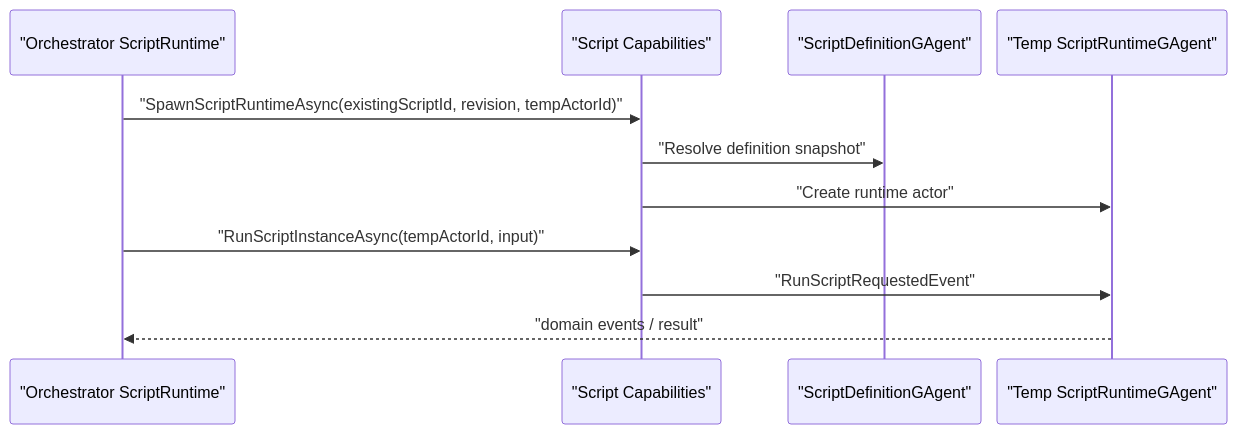
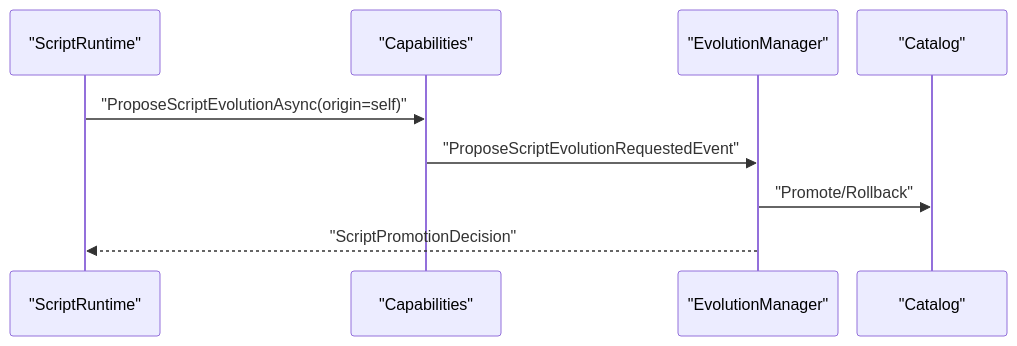
The third of 3 diagrams in docs/architecture/scripting-autonomous-evolution-architecture-change-2026-03-02.md (aevatarAI/aevatar), drawn with Mermaid before and after one commit. The commit also changed other lines of this file and 70 other files, not shown here.

First line of the commit message:
Refactor Aevatar.Scripting architecture to implement dual-channel evolution capabilities

````diff
--- a/docs/architecture/scripting-autonomous-evolution-architecture-change-2026-03-02.md
+++ b/docs/architecture/scripting-autonomous-evolution-architecture-change-2026-03-02.md
@@ -258,15 +182,13 @@
 ```mermaid
 %%{init: {"maxTextSize": 100000, "flowchart": {"useMaxWidth": false, "nodeSpacing": 10, "rankSpacing": 50}, "sequence": {"useMaxWidth": false, "actorMargin": 16, "messageMargin": 12, "diagramMarginX": 20, "diagramMarginY": 10}, "themeVariables": {"fontSize": "10px"}}}%%
 sequenceDiagram
-    participant ORC as "Orchestrator ScriptRuntime"
-    participant CAP as "Script Capabilities"
-    participant DEF as "ScriptDefinitionGAgent"
-    participant TMP as "Temp ScriptRuntimeGAgent"
+    participant RT as "ScriptRuntime"
+    participant CAP as "Capabilities"
+    participant EVO as "EvolutionManager"
+    participant CAT as "Catalog"
 
-    ORC->>CAP: "SpawnScriptRuntimeAsync(existingScriptId, revision, tempActorId)"
-    CAP->>DEF: "Resolve definition snapshot"
-    CAP->>TMP: "Create runtime actor"
-    ORC->>CAP: "RunScriptInstanceAsync(tempActorId, input)"
-    CAP->>TMP: "RunScriptRequestedEvent"
-    TMP-->>ORC: "domain events / result"
+    RT->>CAP: "ProposeScriptEvolutionAsync(origin=self)"
+    CAP->>EVO: "ProposeScriptEvolutionRequestedEvent"
+    EVO->>CAT: "Promote/Rollback"
+    EVO-->>RT: "ScriptPromotionDecision"
 ```
````
